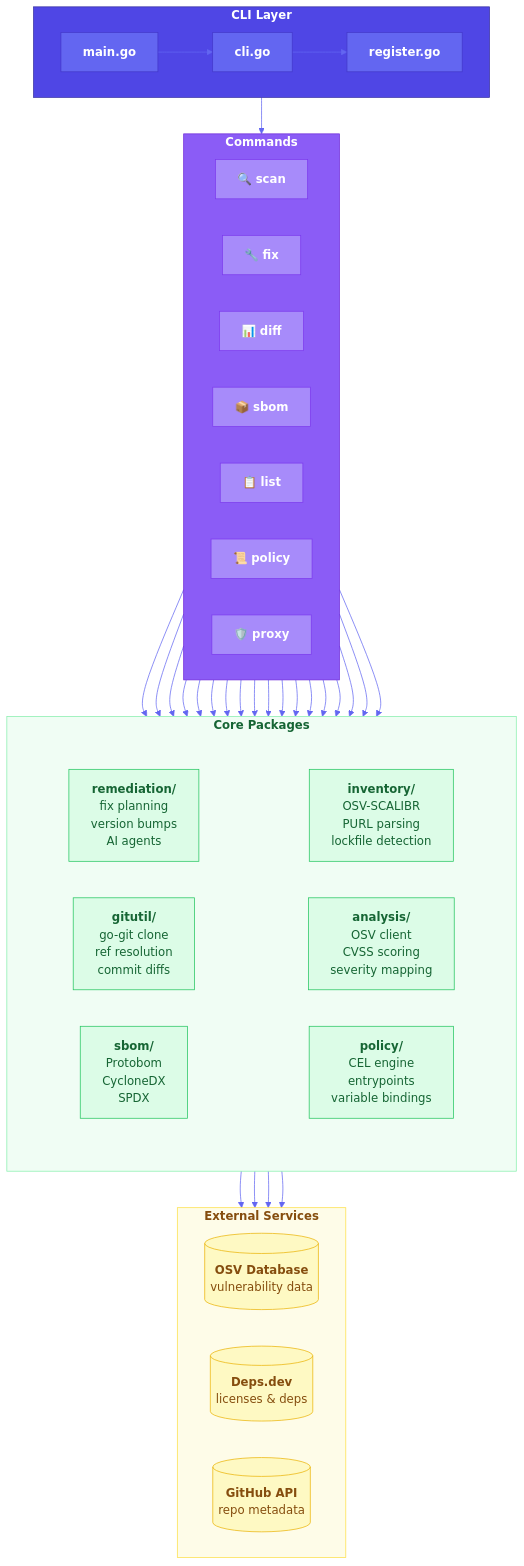
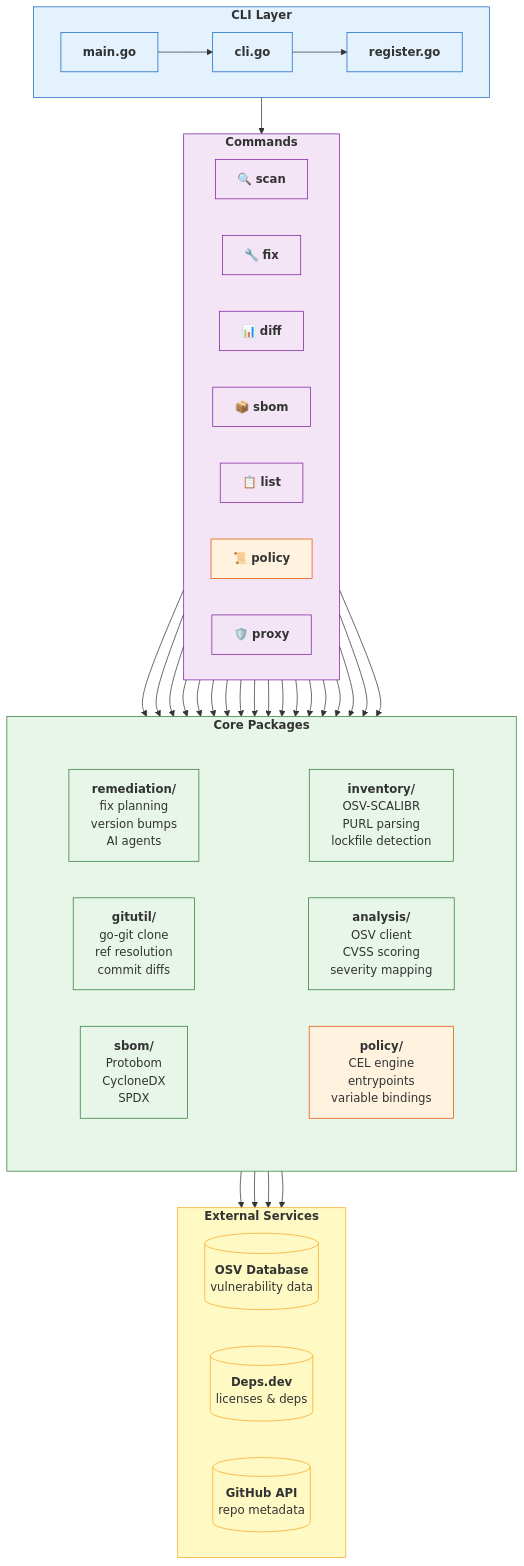
One commit to temporalio/deputy changed the first of 2 diagrams in AGENTS.md. Above: the diagram before and after it, drawn with Mermaid. The commit also changed other lines of this file and 38 other files, not shown here.

````diff
--- a/AGENTS.md
+++ b/AGENTS.md
@@ -7,6 +7,4 @@
 ```mermaid
-%%{init: {'theme': 'base', 'themeVariables': { 'primaryColor': '#4f46e5', 'primaryTextColor': '#fff', 'primaryBorderColor': '#3730a3', 'lineColor': '#6366f1', 'secondaryColor': '#f0fdf4', 'tertiaryColor': '#fefce8', 'background': '#ffffff', 'mainBkg': '#ffffff', 'secondBkg': '#f8fafc', 'border1': '#e2e8f0', 'border2': '#cbd5e1', 'fontFamily': 'ui-sans-serif, system-ui, sans-serif'}}}%%
-
 flowchart TB
     subgraph CLI["<b>CLI Layer</b>"]
         direction LR
@@ -62,34 +60,18 @@
     inventory --> depsdev
     sbom_pkg & gitutil --> github
 
-    style CLI fill:#4f46e5,stroke:#3730a3,color:#fff
-    style Commands fill:#8b5cf6,stroke:#6d28d9,color:#fff
-    style Core fill:#f0fdf4,stroke:#86efac,color:#166534
-    style External fill:#fefce8,stroke:#fde047,color:#854d0e
-    
-    style main fill:#6366f1,stroke:#4338ca,color:#fff
-    style cli fill:#6366f1,stroke:#4338ca,color:#fff
-    style register fill:#6366f1,stroke:#4338ca,color:#fff
-    
-    style scan fill:#a78bfa,stroke:#7c3aed,color:#fff
-    style fix fill:#a78bfa,stroke:#7c3aed,color:#fff
-    style diff fill:#a78bfa,stroke:#7c3aed,color:#fff
-    style sbom fill:#a78bfa,stroke:#7c3aed,color:#fff
-    style list fill:#a78bfa,stroke:#7c3aed,color:#fff
-    style policy fill:#a78bfa,stroke:#7c3aed,color:#fff
-    style proxy fill:#a78bfa,stroke:#7c3aed,color:#fff
-    
-    style inventory fill:#dcfce7,stroke:#22c55e,color:#166534
-    style analysis fill:#dcfce7,stroke:#22c55e,color:#166534
-    style policy_pkg fill:#dcfce7,stroke:#22c55e,color:#166534
-    style remediation fill:#dcfce7,stroke:#22c55e,color:#166534
-    style gitutil fill:#dcfce7,stroke:#22c55e,color:#166534
-    style sbom_pkg fill:#dcfce7,stroke:#22c55e,color:#166534
-    
-    style osv_db fill:#fef9c3,stroke:#eab308,color:#854d0e
-    style depsdev fill:#fef9c3,stroke:#eab308,color:#854d0e
-    style github fill:#fef9c3,stroke:#eab308,color:#854d0e
-    
+    classDef source fill:#e3f2fd,stroke:#1565c0
+    classDef process fill:#e8f5e9,stroke:#2e7d32
+    classDef control fill:#fff3e0,stroke:#e65100
+    classDef output fill:#f3e5f5,stroke:#7b1fa2
+    classDef external fill:#fff9c4,stroke:#f9a825
+
+    class CLI,main,cli,register source
+    class Commands,scan,fix,diff,sbom,list,proxy output
+    class policy,policy_pkg control
+    class Core,inventory,analysis,remediation,gitutil,sbom_pkg process
+    class External,osv_db,depsdev,github external
+
     style Row1 fill:transparent,stroke:transparent
     style Row2 fill:transparent,stroke:transparent
 ```
````
